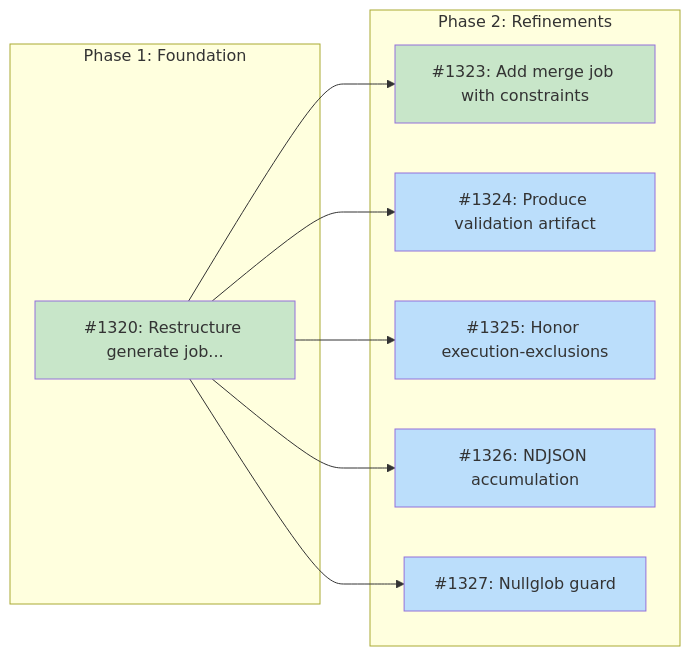
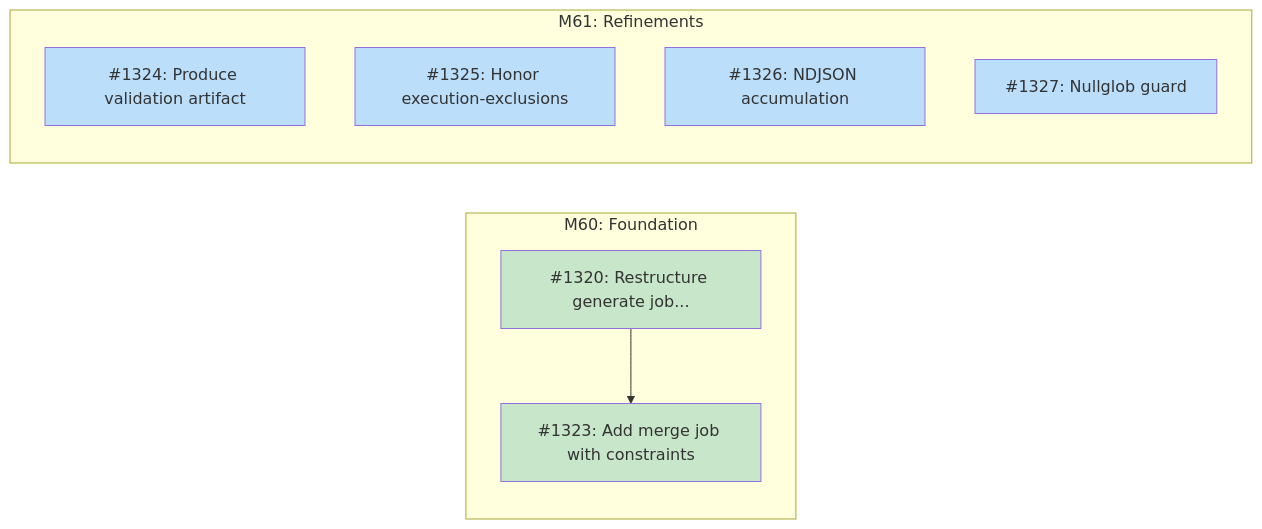
One commit to tsukumogami/tsuku changed the diagram in docs/designs/DESIGN-batch-platform-validation.md. Above: the diagram before and after it, drawn with Mermaid. The commit also changed other lines of this file and 1 other file, not shown here.

First line of the commit message:
docs(design): split M60 into foundation and refinements milestones

````diff
--- a/docs/designs/DESIGN-batch-platform-validation.md
+++ b/docs/designs/DESIGN-batch-platform-validation.md
@@ -38,28 +43,24 @@
 ```mermaid
 graph LR
-    subgraph Phase1["Phase 1: Foundation"]
+    subgraph Foundation["M60: Foundation"]
         I1320["#1320: Restructure generate job..."]
+        I1323["#1323: Add merge job with constraints"]
     end
 
-    subgraph Phase2["Phase 2: Refinements"]
-        I1323["#1323: Add merge job with constraints"]
+    subgraph Refinements["M61: Refinements"]
         I1324["#1324: Produce validation artifact"]
         I1325["#1325: Honor execution-exclusions"]
         I1326["#1326: NDJSON accumulation"]
         I1327["#1327: Nullglob guard"]
     end
 
     I1320 --> I1323
-    I1320 --> I1324
-    I1320 --> I1325
-    I1320 --> I1326
-    I1320 --> I1327
 
     classDef done fill:#c8e6c9
     classDef ready fill:#bbdefb
     classDef blocked fill:#fff9c4
     classDef needsDesign fill:#e1bee7
 
     class I1320,I1323 done
     class I1324,I1325,I1326,I1327 ready
 ```
````
